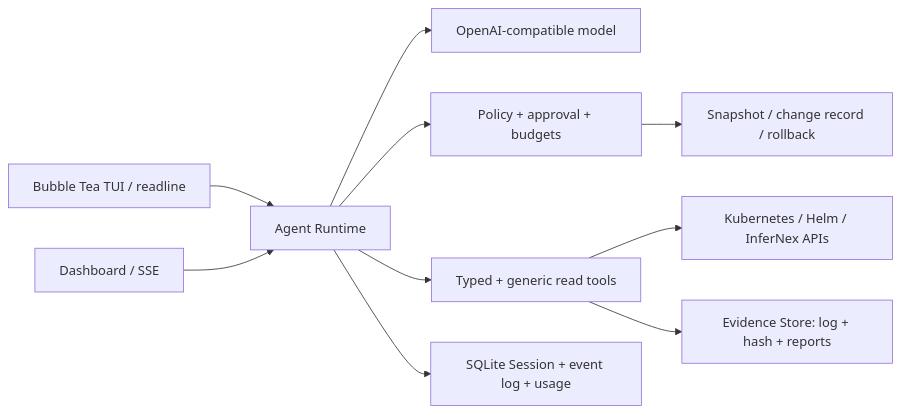
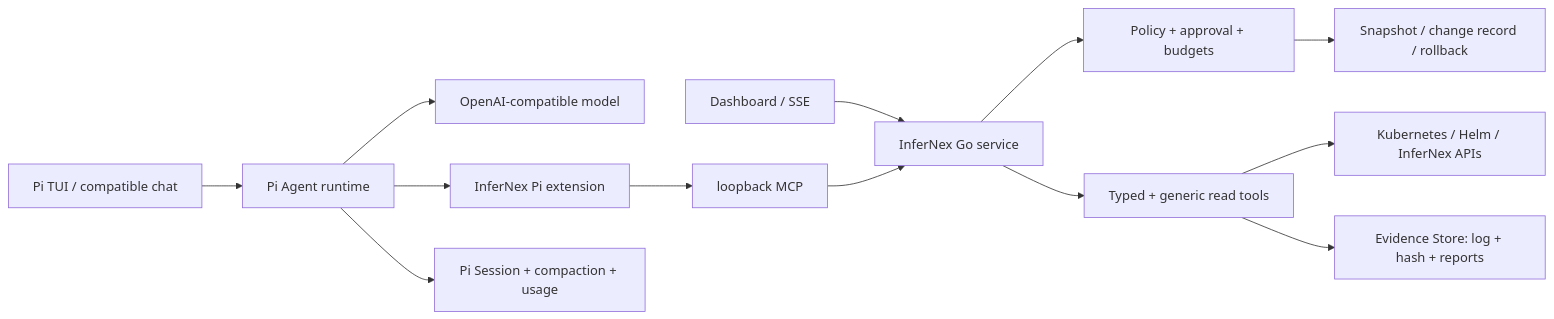
Before and after one commit to lsjfy-open-com/infernex-agent: the diagram in component/InferNex-Agent/docs/proposals/infernex-agent-v0.5-proposal-zh.md, drawn with Mermaid. The commit also changed other lines of this file and 19 other files, not shown here.

Commit message:
feat(agent): add Pi-based TUI foundation

````diff
--- a/component/InferNex-Agent/docs/proposals/infernex-agent-v0.5-proposal-zh.md
+++ b/component/InferNex-Agent/docs/proposals/infernex-agent-v0.5-proposal-zh.md
@@ -72,12 +72,15 @@
 ```mermaid
 flowchart LR
-    CLI["Bubble Tea TUI / readline"] --> Runtime["Agent Runtime"]
-    Web["Dashboard / SSE"] --> Runtime
-    Runtime --> Planner["OpenAI-compatible model"]
-    Runtime --> Policy["Policy + approval + budgets"]
-    Runtime --> Tools["Typed + generic read tools"]
+    CLI["Pi TUI / compatible chat"] --> Pi["Pi Agent runtime"]
+    Pi --> Model["OpenAI-compatible model"]
+    Pi --> Extension["InferNex Pi extension"]
+    Extension --> MCP["loopback MCP"]
+    Web["Dashboard / SSE"] --> Go["InferNex Go service"]
+    MCP --> Go
+    Go --> Policy["Policy + approval + budgets"]
+    Go --> Tools["Typed + generic read tools"]
     Tools --> K8s["Kubernetes / Helm / InferNex APIs"]
     Tools --> Evidence["Evidence Store: log + hash + reports"]
-    Runtime --> Session["SQLite Session + event log + usage"]
+    Pi --> Session["Pi Session + compaction + usage"]
     Policy --> Safety["Snapshot / change record / rollback"]
 ```
````
